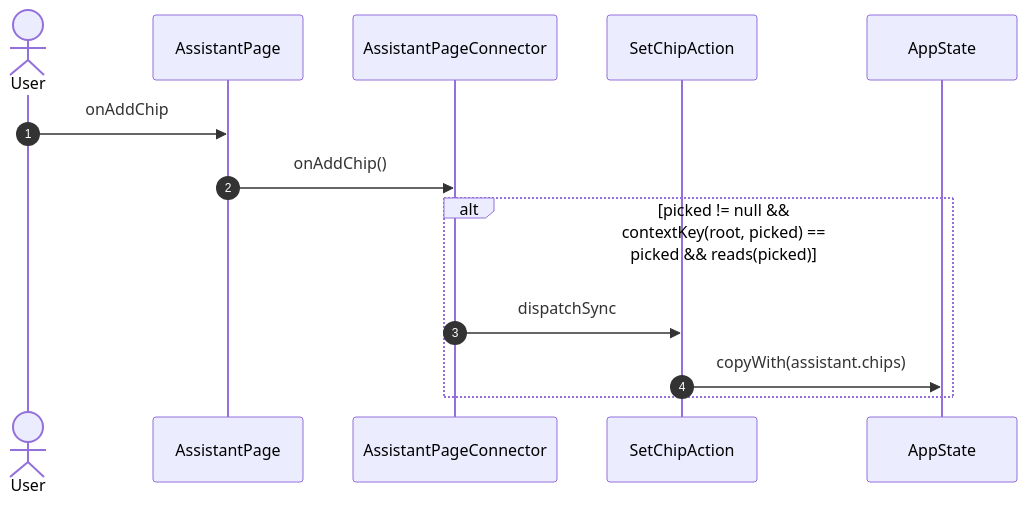
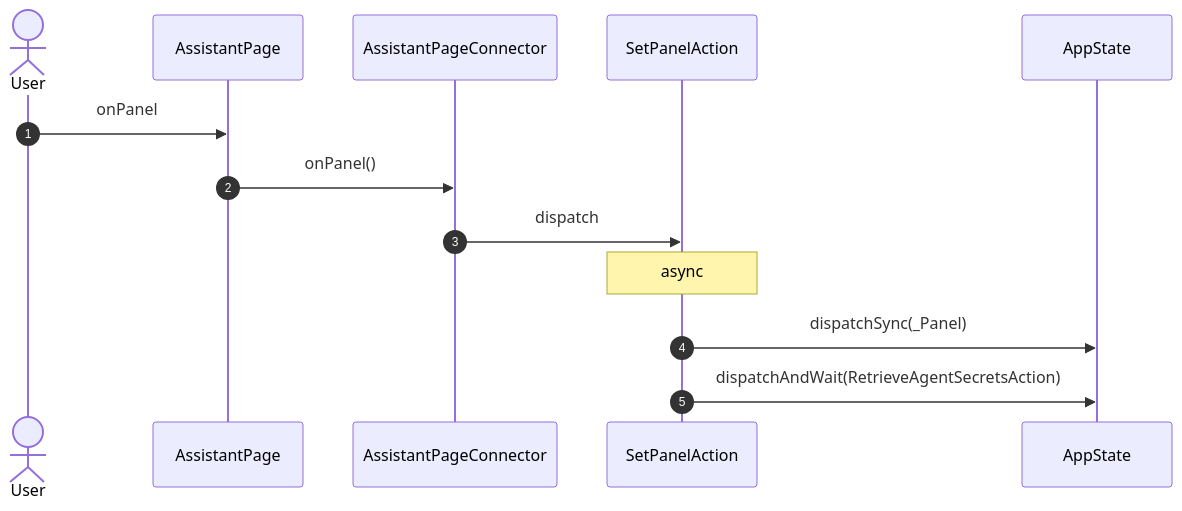
One commit to gencto/wyrm changed diagram 13 of 23 in studio/docs/flows/assistant.md. Above: the diagram before and after it, drawn with Mermaid. The commit also changed other lines of this file and 94 other files, not shown here.

First line of the commit message:
studio: assistant: typed wire, words in ui, one action per intent

````diff
--- a/studio/docs/flows/assistant.md
+++ b/studio/docs/flows/assistant.md
@@ -317,16 +246,16 @@
 ```mermaid
 sequenceDiagram
     autonumber
     actor User
     participant UI as AssistantPage
     participant VM as AssistantPageConnector
-    participant A1 as SetChipAction
+    participant A1 as SetPanelAction
     participant ST as AppState
 
-    User->>UI: onAddChip
-    UI->>VM: onAddChip()
-    alt picked != null && contextKey(root, picked) == picked && reads(picked)
-        VM->>A1: dispatchSync
-        A1->>ST: copyWith(assistant.chips)
-    end
+    User->>UI: onPanel
+    UI->>VM: onPanel()
+    VM->>A1: dispatch
+    Note over A1: async
+    A1->>ST: dispatchSync(_Panel)
+    A1->>ST: dispatchAndWait(RetrieveAgentSecretsAction)
 ```
````
